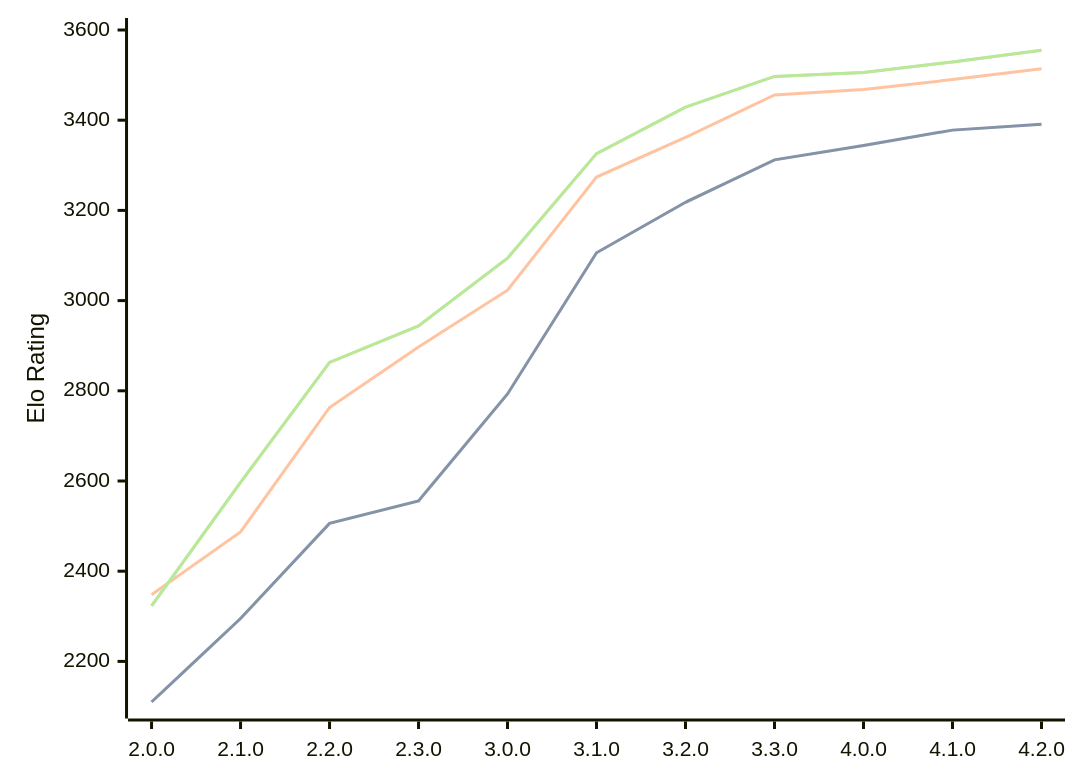
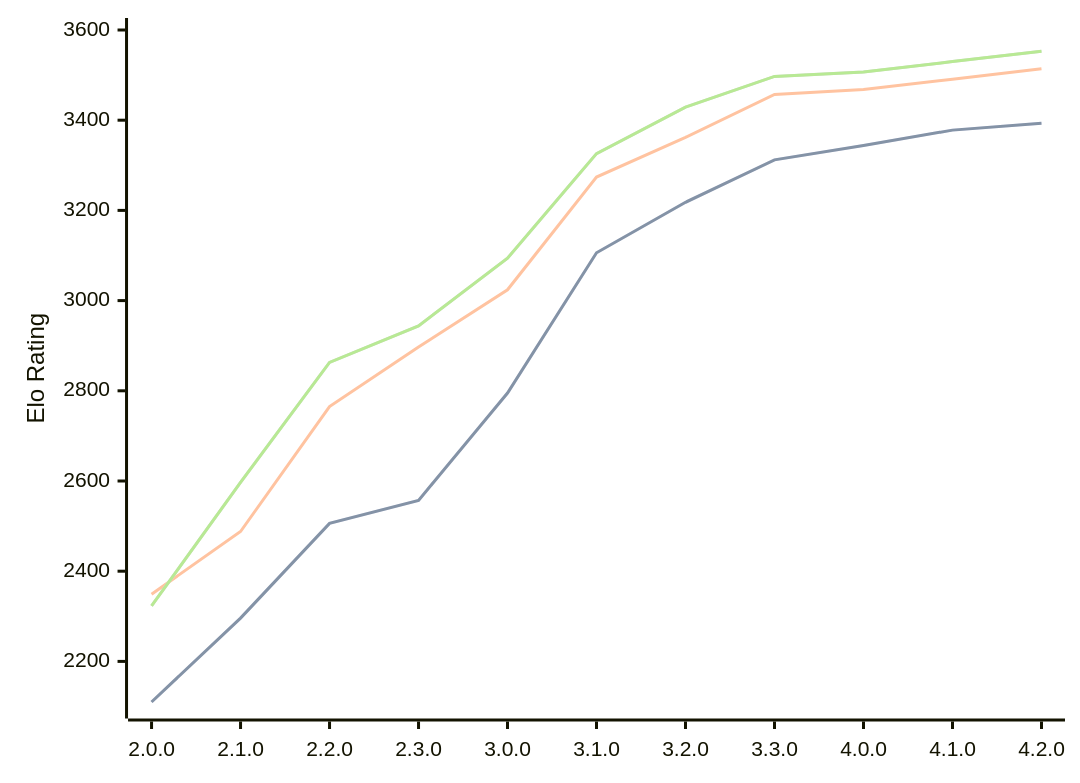
Before and after one commit to computer-chess-index/cci: the third of 3 diagrams in engines/Raphael.md, drawn with Mermaid. The commit also changed other lines of this file, not shown here.

Commit message:
Update CCI Ratings (ELO VLTC) - 2026-07-08

````diff
--- a/engines/Raphael.md
+++ b/engines/Raphael.md
@@ -86,11 +86,11 @@
 ```mermaid
 %%{init: {"theme":"base","themeVariables":{"seriesColors:['#a3a3a3','#222221','#faa371']}}}%%
 xychart-beta
   x-axis ["2.0.0", "2.1.0", "2.2.0", "2.3.0", "3.0.0", "3.1.0", "3.2.0", "3.3.0", "4.0.0", "4.1.0", "4.2.0"]
   y-axis "Elo Rating" 2100 --> 3600
-  line "STC (8.0+0.08s)" [2110, 2295, 2506, 2556, 2793, 3106, 3218, 3312, 3344, 3378, 3391]
-  line "STC (8.0+0.08s)" [2110, 2295, 2506, 2556, 2793, 3106, 3218, 3312, 3344, 3378, 3391]
-  line "LTC (60.0+0.60s)" [2348, 2487, 2763, 2897, 3023, 3274, 3362, 3456, 3468, 3490, 3514]
-  line "VLTC (2m24s+1.12s)" [2323, 2597, 2863, 2944, 3094, 3326, 3429, 3497, 3506, 3529, 3555]
-  line "VLTC (2m24s+1.12s)" [2323, 2597, 2863, 2944, 3094, 3326, 3429, 3497, 3506, 3529, 3555]
+  line "STC (8.0+0.08s)" [2110, 2296, 2506, 2557, 2795, 3106, 3218, 3312, 3344, 3378, 3393]
+  line "STC (8.0+0.08s)" [2110, 2296, 2506, 2557, 2795, 3106, 3218, 3312, 3344, 3378, 3393]
+  line "LTC (60.0+0.60s)" [2349, 2488, 2765, 2897, 3024, 3274, 3362, 3457, 3468, 3491, 3514]
+  line "VLTC (2m24s+1.12s)" [2323, 2597, 2863, 2944, 3094, 3326, 3429, 3497, 3507, 3530, 3553]
+  line "VLTC (2m24s+1.12s)" [2323, 2597, 2863, 2944, 3094, 3326, 3429, 3497, 3507, 3530, 3553]
 ```
````
